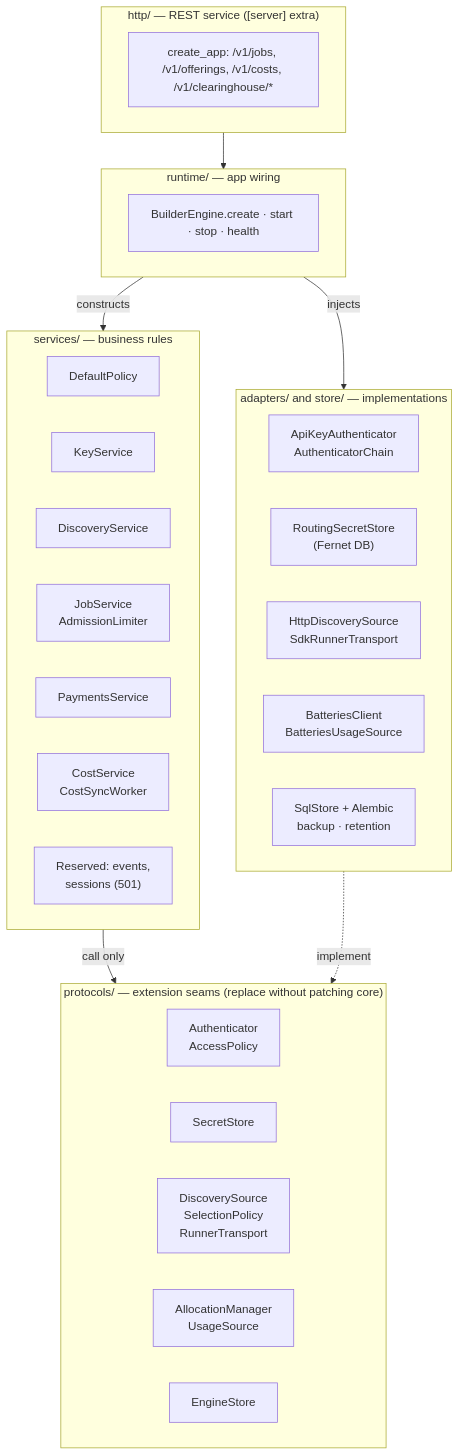
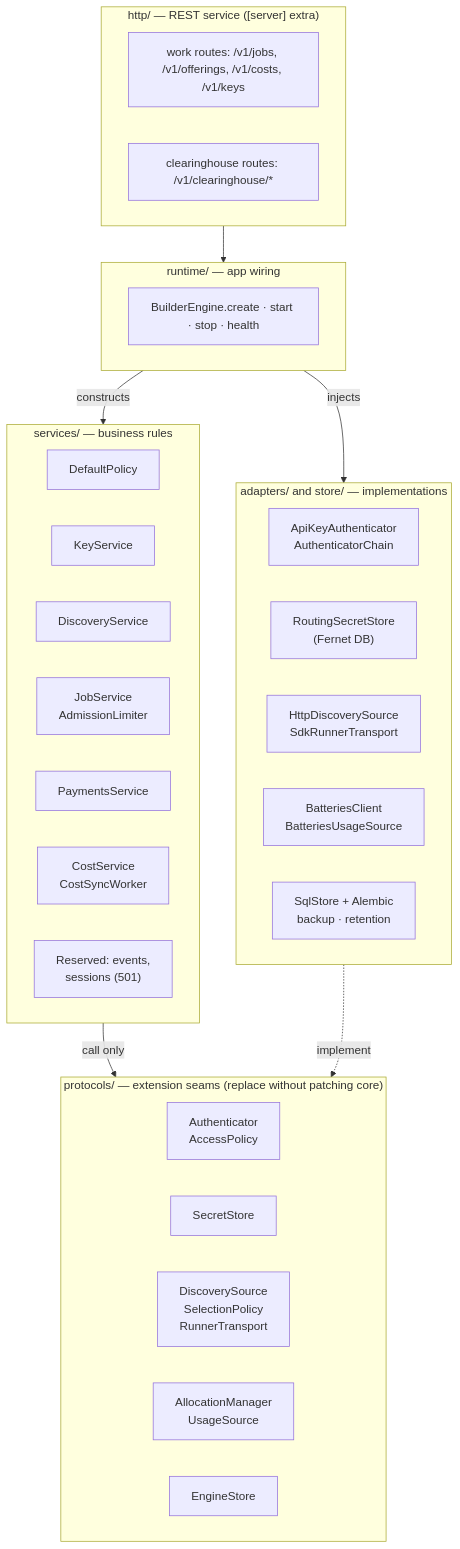
Before and after one commit to NE-Build-Track/livepeer-builder-core: the second of 12 diagrams in docs/design-docs/architecture-diagrams.md, drawn with Mermaid. The commit also changed other lines of this file and 9 other files, not shown here.

First line of the commit message:
refactor(http): the work routes and the clearinghouse routes are two sets, each mounted by itself (#164)

````diff
--- a/docs/design-docs/architecture-diagrams.md
+++ b/docs/design-docs/architecture-diagrams.md
@@ -61,40 +61,41 @@
 ```mermaid
 flowchart TB
     subgraph UI["http/ — REST service ([server] extra)"]
-        Routes["create_app: /v1/jobs, /v1/offerings, /v1/costs, /v1/clearinghouse/*"]
+        Work["work routes: /v1/jobs, /v1/offerings, /v1/costs, /v1/keys"]
+        Clearinghouse["clearinghouse routes: /v1/clearinghouse/*"]
     end
     subgraph Wiring["runtime/ — app wiring"]
         BE["BuilderEngine.create · start · stop · health"]
     end
     subgraph Services["services/ — business rules"]
         direction LR
         Policy["DefaultPolicy"]
         Keys["KeyService"]
         Disc["DiscoveryService"]
         Jobs["JobService<br/>AdmissionLimiter"]
         Pay["PaymentsService"]
         Costs["CostService<br/>CostSyncWorker"]
         Res["Reserved: events,<br/>sessions (501)"]
     end
     subgraph Protocols["protocols/ — extension seams (replace without patching core)"]
         direction LR
         PAuth["Authenticator<br/>AccessPolicy"]
         PSec["SecretStore"]
         PNet["DiscoverySource<br/>SelectionPolicy<br/>RunnerTransport"]
         PPay["AllocationManager<br/>UsageSource"]
         PStore["EngineStore"]
     end
     subgraph Impl["adapters/ and store/ — implementations"]
         direction LR
         AAuth["ApiKeyAuthenticator<br/>AuthenticatorChain"]
         ASec["RoutingSecretStore<br/>(Fernet DB)"]
         ASdk["HttpDiscoverySource<br/>SdkRunnerTransport"]
         ABat["BatteriesClient<br/>BatteriesUsageSource"]
         SQL["SqlStore + Alembic<br/>backup · retention"]
     end
     UI --> Wiring
     Wiring -->|"constructs"| Services
     Wiring -->|"injects"| Impl
     Services -->|"call only"| Protocols
     Impl -.->|"implement"| Protocols
 ```
````
